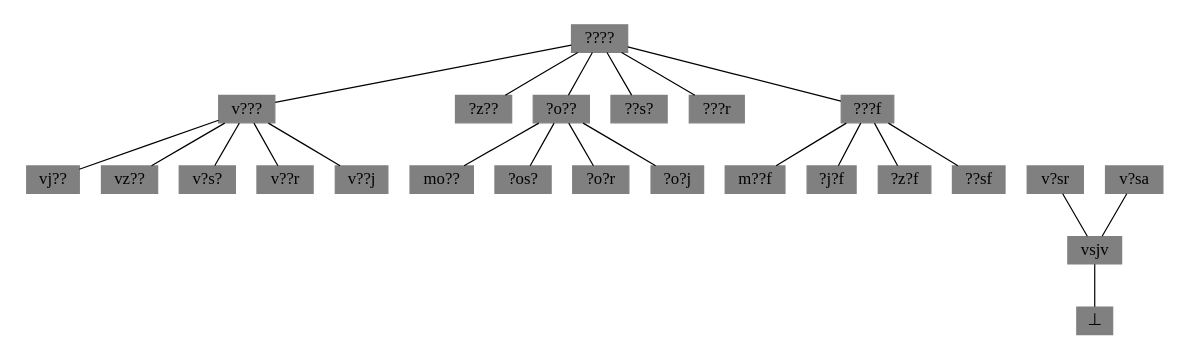
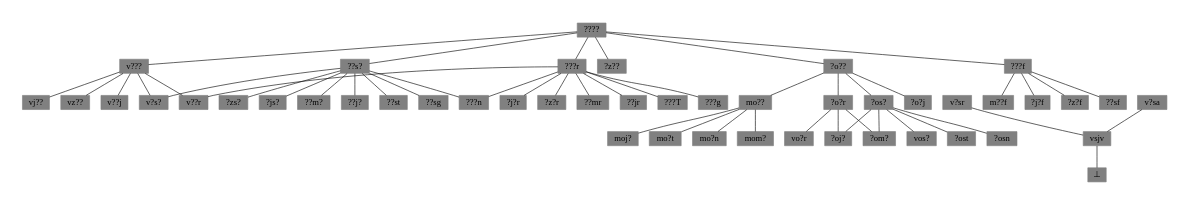
One commit to NorfairKing/ai_alternative-exam changed the diagram in resources/graphs/test.gv. Above: the diagram before and after it, drawn with Graphviz. The commit also changed 2 other files, not shown here.

Commit message:
more messing with graphs

```diff
--- a/resources/graphs/test.gv
+++ b/resources/graphs/test.gv
@@ -1,33 +1,62 @@
 /* courtesy Ian Darwin and Geoff Collyer, Softquad Inc. */
 digraph unix {
     size="6,6";
     node [shape=rect,color=grey, style=filled, height=0.15, width=0.3];
     edge [arrowhead = none]
     
     "????" -> "v???"
     "????" -> "?z??"
     "????" -> "?o??"
     "????" -> "??s?"
     "????" -> "???r"
     "????" -> "???f"
 
     "v???" -> "vj??"
     "v???" -> "vz??"
     "v???" -> "v?s?"
     "v???" -> "v??r"
     "v???" -> "v??j"
     "?o??" -> "mo??"
     "?o??" -> "?os?"
     "?o??" -> "?o?r"
     "?o??" -> "?o?j"
     "???f" -> "m??f"
     "???f" -> "?j?f"
     "???f" -> "?z?f"
     "???f" -> "??sf"
 
+    "mo??" -> "mom?"
+    "mo??" -> "moj?"
+    "mo??" -> "mo?t"
+    "mo??" -> "mo?n"
+    "?os?" -> "vos?"
+    "?os?" -> "?om?"
+    "?os?" -> "?oj?"
+    "?os?" -> "?ost"
+    "?os?" -> "?osn"
+    "?o?r" -> "vo?r"
+    "?o?r" -> "?om?"
+    "?o?r" -> "?oj?"
+    "??s?" -> "v?s?"
+    "??s?" -> "?zs?"
+    "??s?" -> "?js?"
+    "??s?" -> "??m?"
+    "??s?" -> "??j?"
+    "??s?" -> "??st"
+    "??s?" -> "??sg"
+    "??s?" -> "???n"
+    "???r" -> "v??r"
+    "???r" -> "?j?r"
+    "???r" -> "?z?r"
+    "???r" -> "??mr"
+    "???r" -> "??jr"
+    "???r" -> "???T"
+    "???r" -> "???g"
+    "???r" -> "???n"
+
     "???f" -> "v?sr"[arrowhead = none,style=invis]
 
     "v?sr" -> "vsjv";
     "v?sa" -> "vsjv";
     "vsjv" -> "&#8869;";
 }
```
